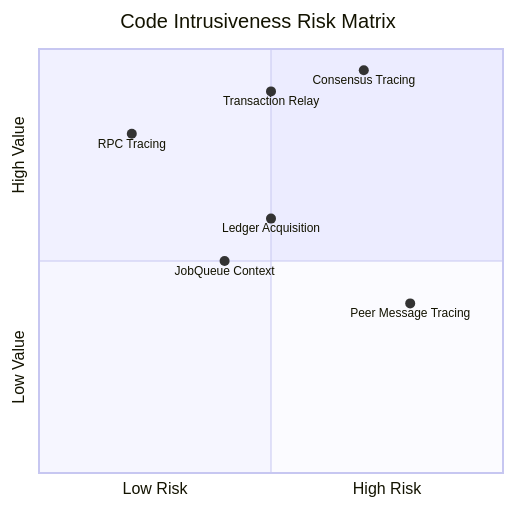
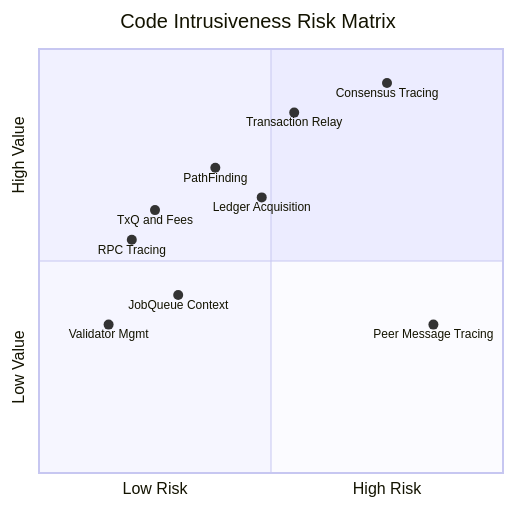
Before and after one commit to XRPLF/rippled: the sixth of 6 diagrams in OpenTelemetryPlan/03-implementation-strategy.md, drawn with Mermaid. The commit also changed other lines of this file and 12 other files, not shown here.

````diff
--- a/OpenTelemetryPlan/03-implementation-strategy.md
+++ b/OpenTelemetryPlan/03-implementation-strategy.md
@@ -350,13 +424,16 @@
 ```mermaid
 quadrantChart
     title Code Intrusiveness Risk Matrix
     x-axis Low Risk --> High Risk
     y-axis Low Value --> High Value
 
-    RPC Tracing: [0.2, 0.8]
-    Transaction Relay: [0.5, 0.9]
-    Consensus Tracing: [0.7, 0.95]
-    Peer Message Tracing: [0.8, 0.4]
-    JobQueue Context: [0.4, 0.5]
-    Ledger Acquisition: [0.5, 0.6]
+    RPC Tracing: [0.2, 0.55]
+    Transaction Relay: [0.55, 0.85]
+    Consensus Tracing: [0.75, 0.92]
+    Peer Message Tracing: [0.85, 0.35]
+    JobQueue Context: [0.3, 0.42]
+    Ledger Acquisition: [0.48, 0.65]
+    PathFinding: [0.38, 0.72]
+    TxQ and Fees: [0.25, 0.62]
+    Validator Mgmt: [0.15, 0.35]
 ```
````
